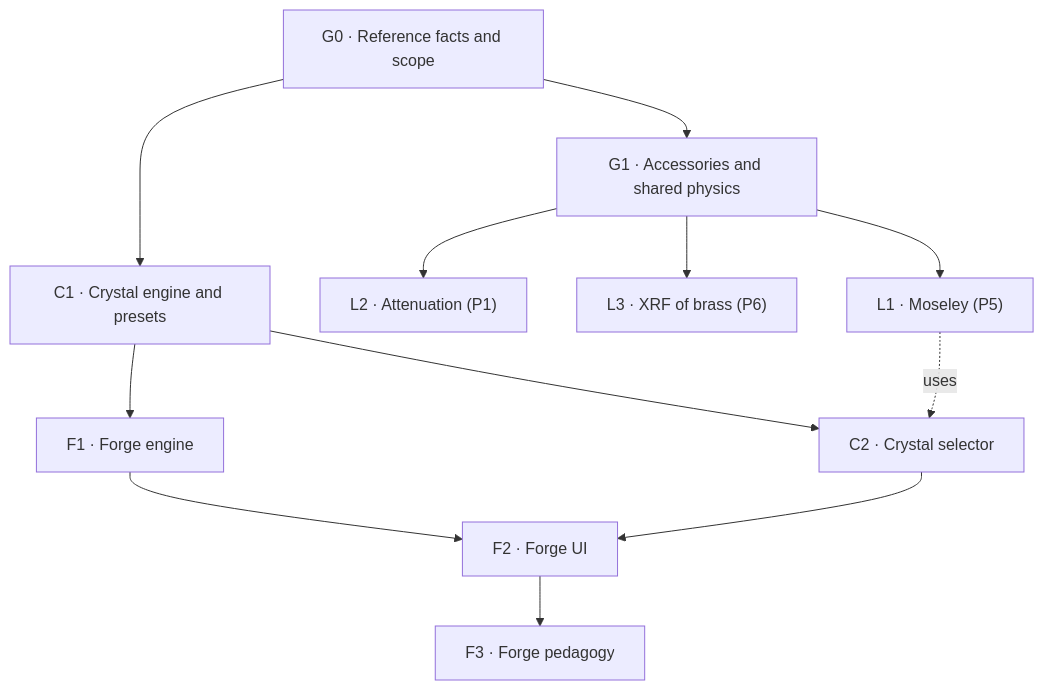
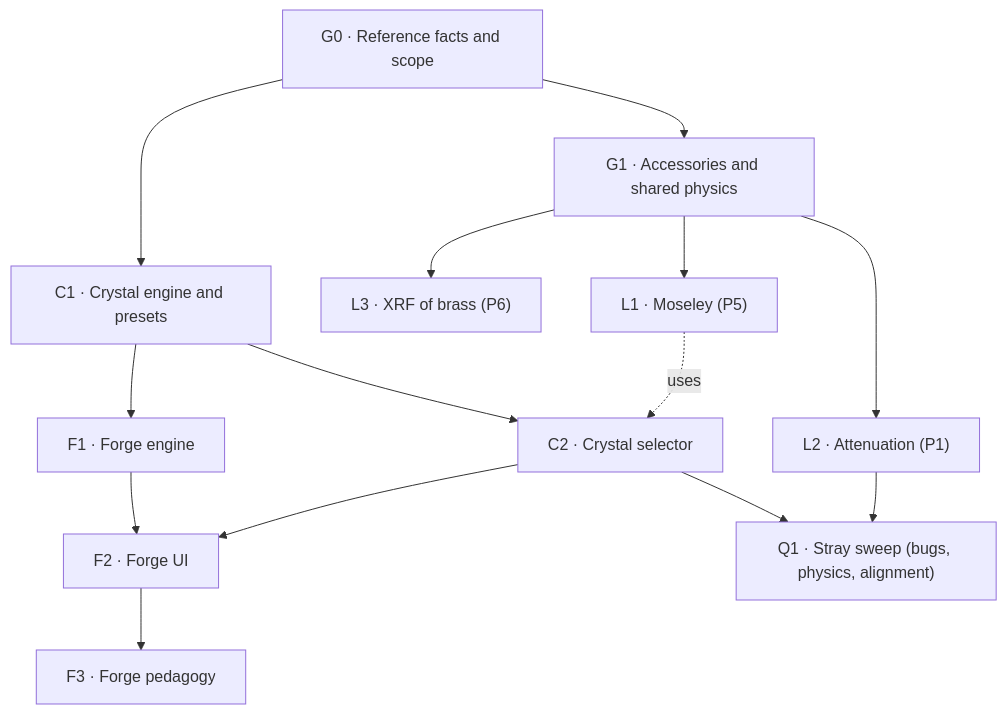
The first of 2 diagrams in Plan-New-Features.md (TecnicoLabFisica/AtomicSimulation), drawn with Mermaid before and after one commit. The commit also changed other lines of this file, not shown here.

First line of the commit message:
[Q1] docs: plan the stray sweep, settle the Darwin and L2 decisions

````diff
--- a/Plan-New-Features.md
+++ b/Plan-New-Features.md
@@ -120,14 +124,16 @@
 ```mermaid
 flowchart TD
     G0["G0 · Reference facts and scope"] --> G1["G1 · Accessories and shared physics"]
     G1 --> L1["L1 · Moseley (P5)"]
     G1 --> L2["L2 · Attenuation (P1)"]
     G1 --> L3["L3 · XRF of brass (P6)"]
     G0 --> C1["C1 · Crystal engine and presets"]
     C1 --> C2["C2 · Crystal selector"]
     C1 --> F1["F1 · Forge engine"]
     F1 --> F2["F2 · Forge UI"]
     C2 --> F2
     F2 --> F3["F3 · Forge pedagogy"]
     L1 -.uses.-> C2
+    C2 --> Q1["Q1 · Stray sweep (bugs, physics, alignment)"]
+    L2 --> Q1
 ```
````
